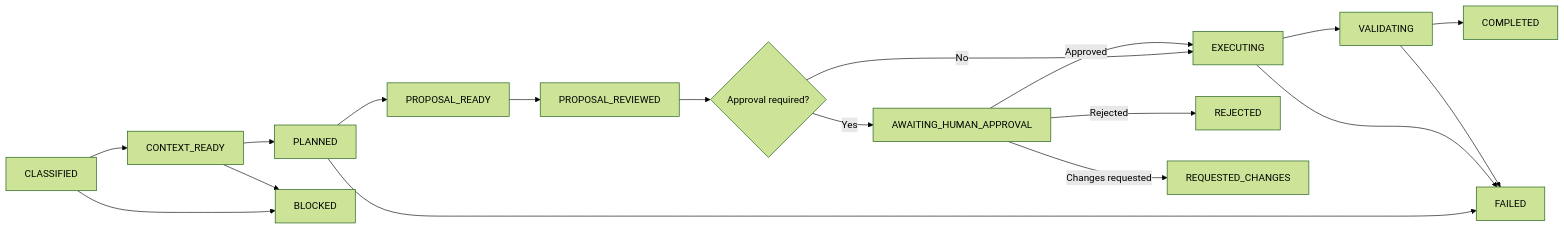
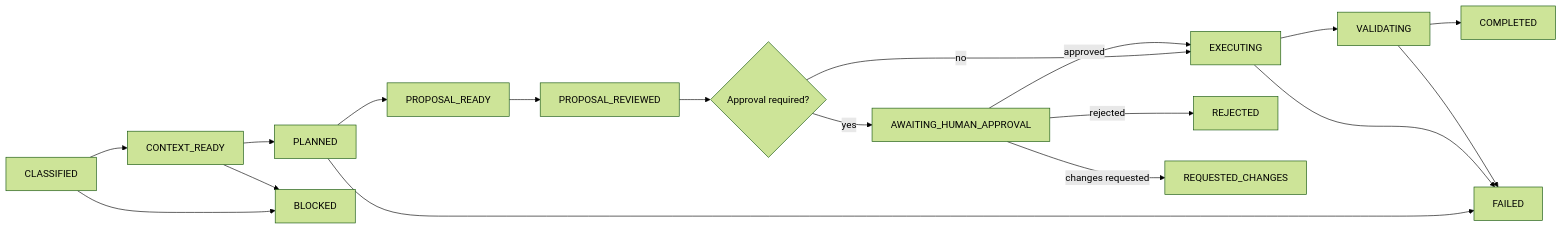
The fifth of 7 diagrams in README.md (WesleySMacedo/rill), drawn with Mermaid (forest theme) before and after one commit. The commit also changed other lines of this file and 2 other files, not shown here.

````diff
--- a/README.md
+++ b/README.md
@@ -151,20 +230,20 @@
 ```mermaid
 flowchart LR
-		A[CLASSIFIED] --> B[CONTEXT_READY]
-		B --> C[PLANNED]
-		C --> D[PROPOSAL_READY]
-		D --> E[PROPOSAL_REVIEWED]
-		E --> F{Approval required?}
-		F -- Yes --> G[AWAITING_HUMAN_APPROVAL]
-		F -- No --> H[EXECUTING]
-		G -- Approved --> H
-		G -- Rejected --> R[REJECTED]
-		G -- Changes requested --> M[REQUESTED_CHANGES]
-		H --> I[VALIDATING]
-		I --> J[COMPLETED]
-		A --> K[BLOCKED]
-		B --> K
-		C --> L[FAILED]
-		H --> L
-		I --> L
+  C[CLASSIFIED] --> X[CONTEXT_READY]
+  X --> P[PLANNED]
+  P --> PR[PROPOSAL_READY]
+  PR --> RV[PROPOSAL_REVIEWED]
+  RV --> G{Approval required?}
+  G -->|yes| H[AWAITING_HUMAN_APPROVAL]
+  G -->|no| E[EXECUTING]
+  H -->|approved| E
+  H -->|rejected| R[REJECTED]
+  H -->|changes requested| RC[REQUESTED_CHANGES]
+  E --> V[VALIDATING]
+  V --> D[COMPLETED]
+  C --> B[BLOCKED]
+  X --> B
+  P --> F[FAILED]
+  E --> F
+  V --> F
 ```
````
